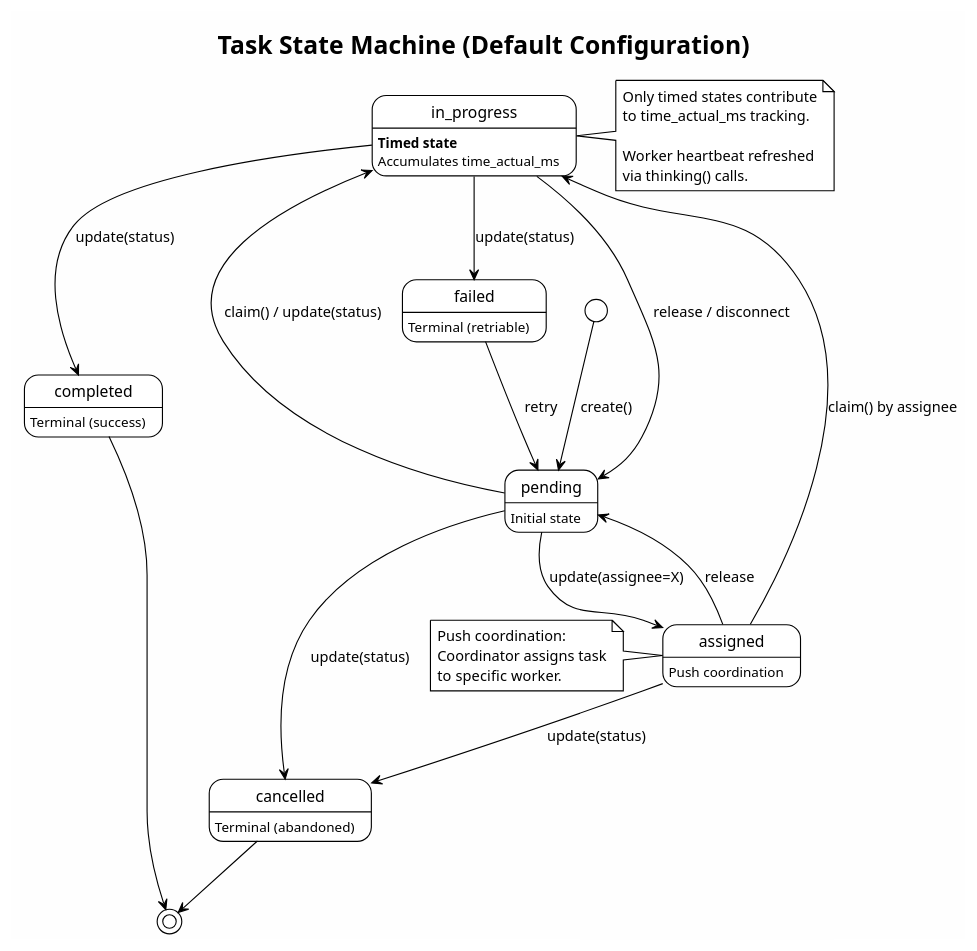
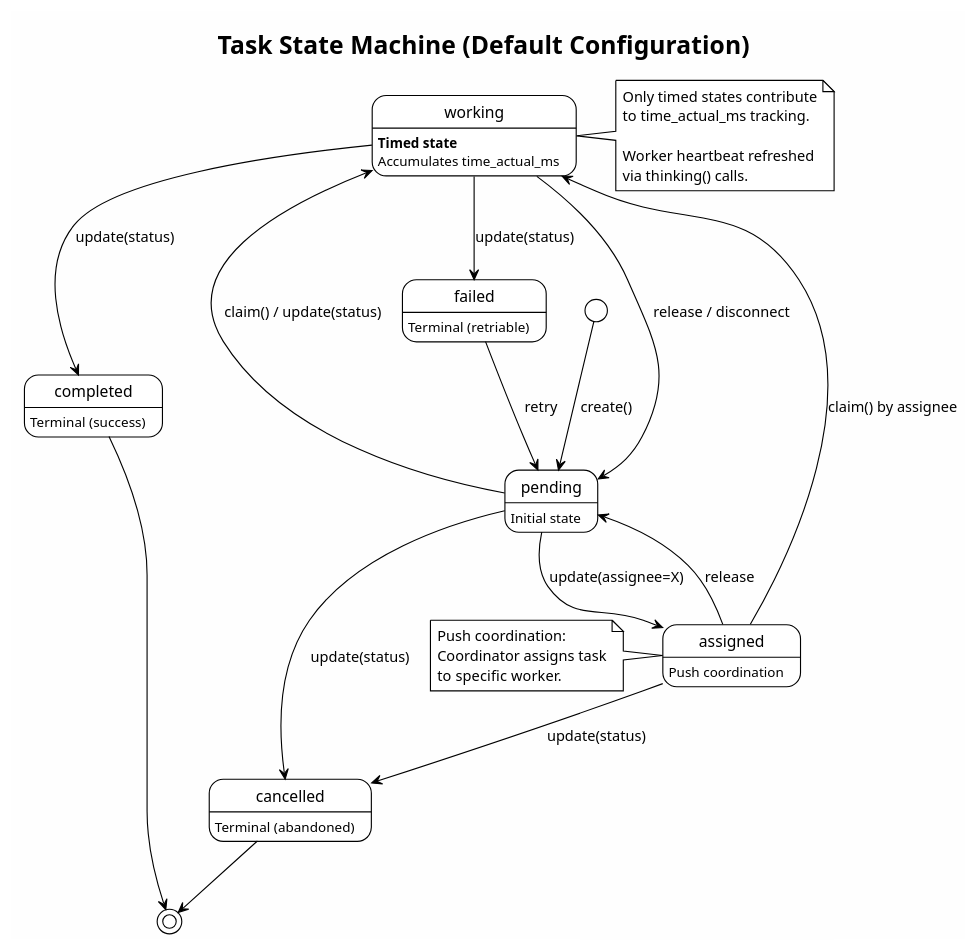
One commit to Oortonaut/task-graph-mcp changed the diagram in docs/diagrams/task-state-machine.puml. Above: the diagram before and after it, drawn with PlantUML. The commit also changed 23 other files, not shown here.

First line of the commit message:
Rename in_progress status to working

```diff
--- a/docs/diagrams/task-state-machine.puml
+++ b/docs/diagrams/task-state-machine.puml
@@ -1,47 +1,47 @@
 @startuml task-state-machine
 !theme plain
 skinparam backgroundColor #FEFEFE
 
 title Task State Machine (Default Configuration)
 
 state "pending" as pending : Initial state
 state "assigned" as assigned : Push coordination
-state "in_progress" as in_progress : **Timed state**\nAccumulates time_actual_ms
+state "working" as working : **Timed state**\nAccumulates time_actual_ms
 state "completed" as completed : Terminal (success)
 state "failed" as failed : Terminal (retriable)
 state "cancelled" as cancelled : Terminal (abandoned)
 
 [*] --> pending : create()
 
 pending --> assigned : update(assignee=X)
-pending --> in_progress : claim() / update(status)
+pending --> working : claim() / update(status)
 pending --> cancelled : update(status)
 
-assigned --> in_progress : claim() by assignee
+assigned --> working : claim() by assignee
 assigned --> pending : release
 assigned --> cancelled : update(status)
 
-in_progress --> completed : update(status)
-in_progress --> failed : update(status)
-in_progress --> pending : release / disconnect
+working --> completed : update(status)
+working --> failed : update(status)
+working --> pending : release / disconnect
 
 failed --> pending : retry
 
 completed --> [*]
 cancelled --> [*]
 
-note right of in_progress
+note right of working
   Only timed states contribute
   to time_actual_ms tracking.
   
   Worker heartbeat refreshed
   via thinking() calls.
 end note
 
 note left of assigned
   Push coordination:
   Coordinator assigns task
   to specific worker.
 end note
 
 @enduml
```
